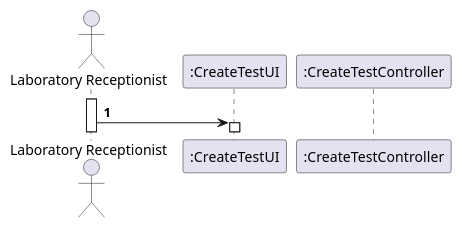
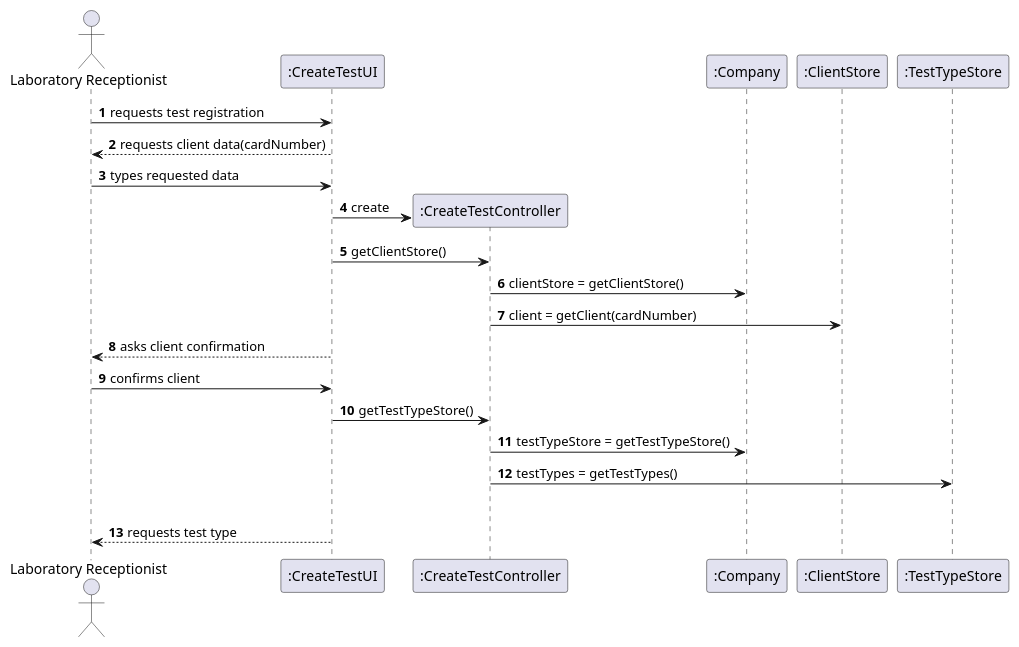
One commit to MadDinosaur/ISEP-LAPR2 changed the diagram in docs/SprintC/US4/US4_SD.puml. Above: the diagram before and after it, drawn with PlantUML. The commit also changed 6 other files, not shown here.

```diff
--- a/docs/SprintC/US4/US4_SD.puml
+++ b/docs/SprintC/US4/US4_SD.puml
@@ -1,11 +1,26 @@
 @startuml
 autonumber
 actor "Laboratory Receptionist" as LR
 participant ":CreateTestUI" as ui
 participant ":CreateTestController" as ctrl
+participant ":Company" as cm
+participant ":ClientStore" as ct
+participant ":TestTypeStore" as tts
 
-activate LR
-LR -> ui :
-activate ui
+LR -> ui : requests test registration
+ui --> LR : requests client data(cardNumber)
+LR -> ui : types requested data
+create ctrl
+ui -> ctrl : create
+ui -> ctrl : getClientStore()
+ctrl -> cm : clientStore = getClientStore()
+ctrl -> ct : client = getClient(cardNumber)
+ui --> LR : asks client confirmation
+LR -> ui: confirms client
+ui -> ctrl : getTestTypeStore()
+ctrl -> cm : testTypeStore = getTestTypeStore()
+ctrl -> tts : testTypes = getTestTypes()
+loop
+ui --> LR : requests test type 
 
 @enduml
```
